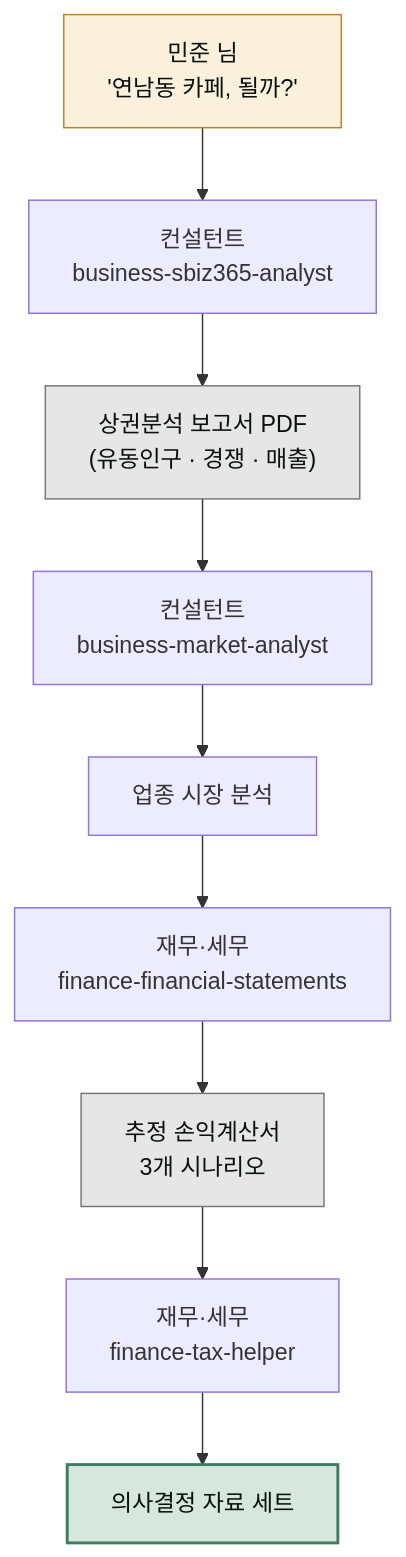
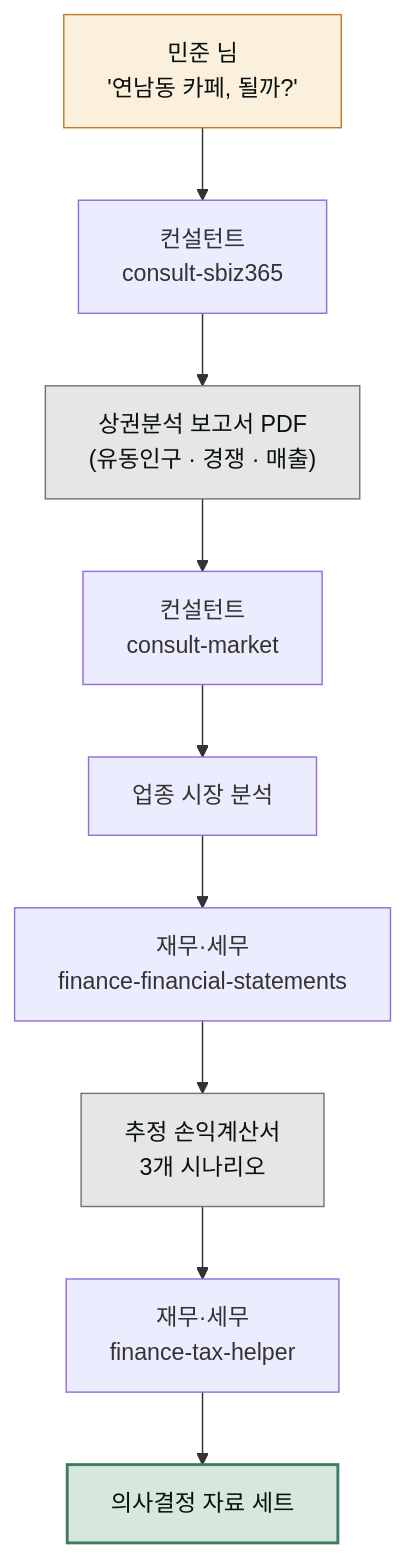
The diagram in www/content/cookbook/projects/startup-feasibility.md (modu-ai/cowork-plugins), drawn with Mermaid before and after one commit. The commit also changed other lines of this file and 278 other files, not shown here.

````diff
--- a/www/content/cookbook/projects/startup-feasibility.md
+++ b/www/content/cookbook/projects/startup-feasibility.md
@@ -52,16 +52,16 @@
 ```mermaid
 flowchart TD
-   U["민준 님<br/>'연남동 카페, 될까?'"] --> C1["컨설턴트<br/>business-sbiz365-analyst"]
+   U["민준 님<br/>'연남동 카페, 될까?'"] --> C1["컨설턴트<br/>consult-sbiz365"]
    C1 --> R1["상권분석 보고서 PDF<br/>(유동인구 · 경쟁 · 매출)"]
-   R1 --> C2["컨설턴트<br/>business-market-analyst"]
+   R1 --> C2["컨설턴트<br/>consult-market"]
    C2 --> R2["업종 시장 분석"]
    R2 --> F1["재무·세무<br/>finance-financial-statements"]
    F1 --> R3["추정 손익계산서<br/>3개 시나리오"]
    R3 --> F2["재무·세무<br/>finance-tax-helper"]
    F2 --> OUT["의사결정 자료 세트"]
 
    style U fill:#fbf0dc,stroke:#c47b2a,color:#09110f
    style R1 fill:#e6e6e6,stroke:#757575,color:#09110f
    style R3 fill:#e6e6e6,stroke:#757575,color:#09110f
    style OUT fill:#d6e7de,stroke:#3d7d5f,stroke-width:2px,color:#09110f
 ```
````
